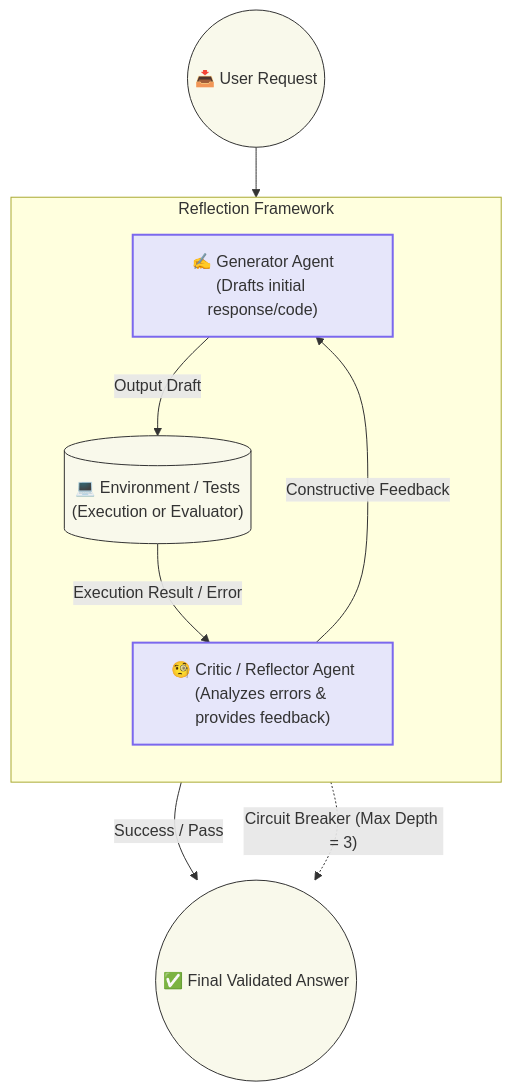
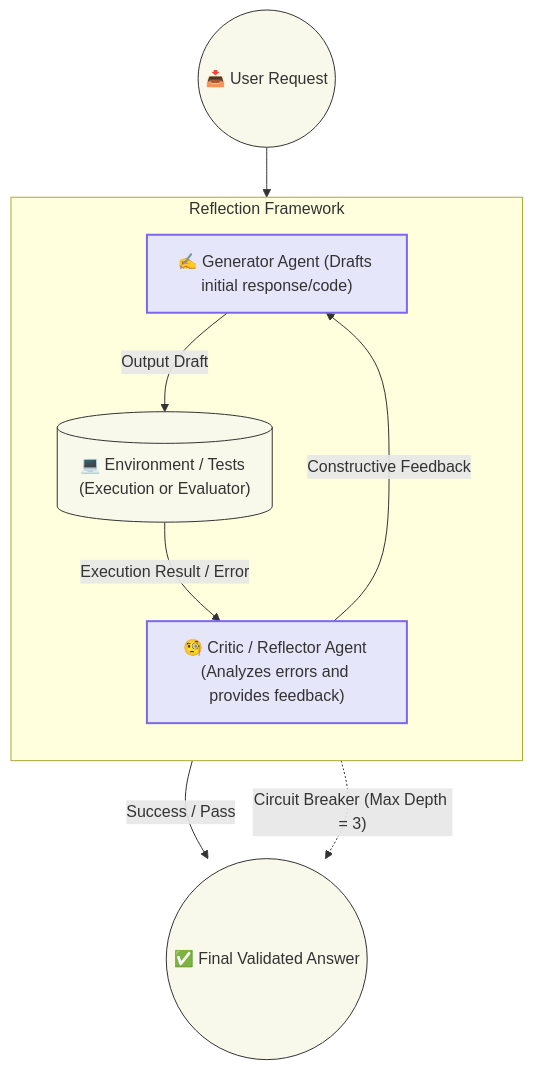
One commit to zhuoyu246/Agentic-DataLab changed the fifth of 5 diagrams in README.md. Above: the diagram before and after it, drawn with Mermaid.

Commit message:
docs: fix Mermaid reflection diagram rendering error

````diff
--- a/README.md
+++ b/README.md
@@ -217,24 +217,24 @@
 ```mermaid
 graph TD
     Input(("📥 User Request")) --> Generator
     
     subgraph ReflectionFramework [Reflection Framework]
         direction TB
-        Generator["✍️ Generator Agent<br/>(Drafts initial response/code)"]
-        Env[("💻 Environment / Tests<br/>(Execution or Evaluator)")]
-        Critic["🧐 Critic / Reflector Agent<br/>(Analyzes errors & provides feedback)"]
+        Generator["✍️ Generator Agent (Drafts initial response/code)"]
+        Env[("💻 Environment / Tests (Execution or Evaluator)")]
+        Critic["🧐 Critic / Reflector Agent (Analyzes errors and provides feedback)"]
         
         Generator -->|Output Draft| Env
         Env -->|Execution Result / Error| Critic
         Critic -->|Constructive Feedback| Generator
     end
     
     Env -->|Success / Pass| Output(("✅ Final Validated Answer"))
     Critic -.->|"Circuit Breaker (Max Depth = 3)"| Output
     
     classDef default fill:#f9f9eb,stroke:#333,stroke-width:1px;
     classDef agent fill:#e6e6fa,stroke:#7b68ee,stroke-width:2px;
     
     class Generator,Critic agent;
     class Input,Output fill:#d4edda,stroke:#28a745,stroke-width:2px;
 ```
````
